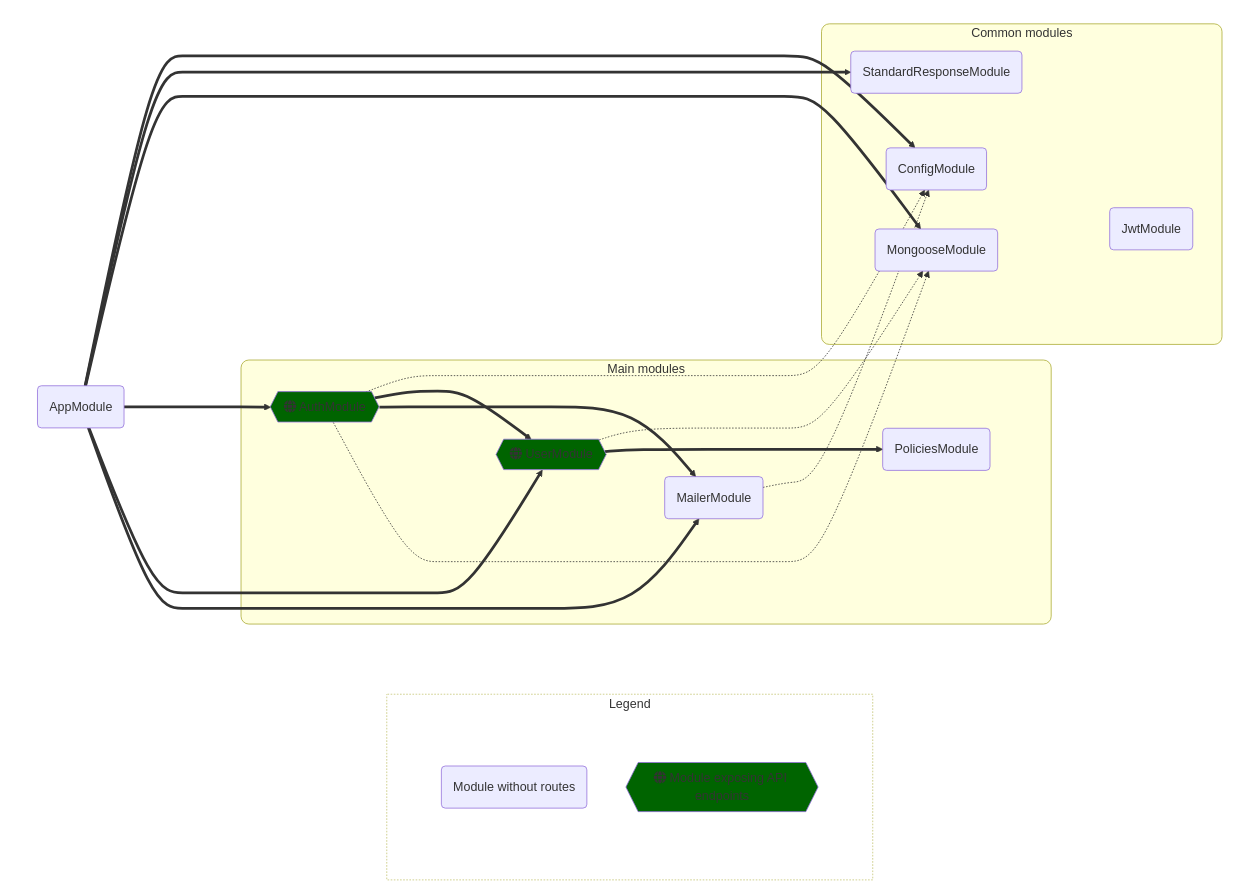
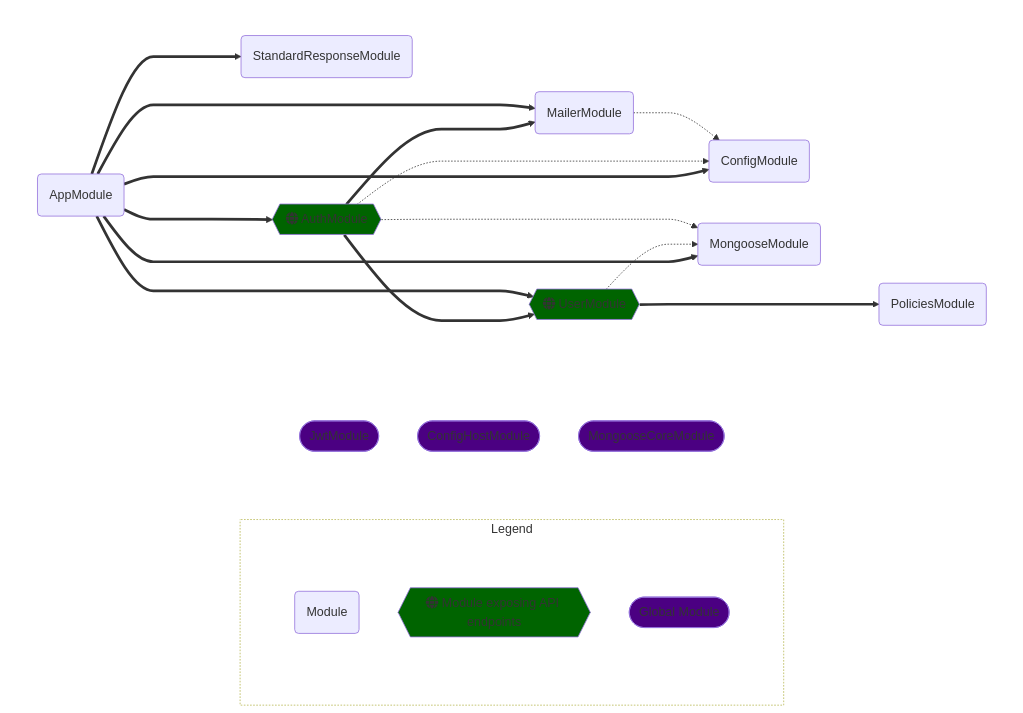
Before and after one commit to simioni/nest-pret: the diagram in README.md, drawn with Mermaid. The commit also changed other lines of this file and 1 other file, not shown here.

````diff
--- a/README.md
+++ b/README.md
@@ -224,54 +224,40 @@
 ```mermaid
-
- flowchart LR
-   subgraph legend[ Legend ]
-   subgraph legendPadding [ ]
-     direction TB
-     ex2(Module without routes)
-     ex1{{fa:fa-globe Module exposing API endpoints}}:::restEndpoint
-   end
-   end
-   subgraph appGraph[" "]
-     direction LR
-     subgraph MM[Main modules]
-       UserModule
-       AuthModule
-       PoliciesModule
-       MailerModule
-     end
-     subgraph CM[Common modules]
-       ConfigModule
-       StandardResponseModule
-       MongooseModule
-       JwtModule
-     end
-     AppModule(AppModule)===>ConfigModule
-     JwtModule(JwtModule)~~~ConfigModule
-     ConfigModule(ConfigModule)~~~JwtModule
-     AppModule(AppModule)===>StandardResponseModule
-     MongooseModule(MongooseModule)~~~JwtModule
-     AppModule(AppModule)===>MongooseModule
-     StandardResponseModule(StandardResponseModule)~~~JwtModule
-     AppModule(AppModule)===>AuthModule
-     AuthModule{{fa:fa-globe AuthModule}}:::restEndpoint-.->ConfigModule
-     AuthModule{{fa:fa-globe AuthModule}}:::restEndpoint===>UserModule
-     UserModule{{fa:fa-globe UserModule}}:::restEndpoint-.->MongooseModule
-     UserModule{{fa:fa-globe UserModule}}:::restEndpoint===>PoliciesModule
-     PoliciesModule(PoliciesModule)~~~JwtModule
-     UserModule{{fa:fa-globe UserModule}}:::restEndpoint~~~JwtModule
-     AuthModule{{fa:fa-globe AuthModule}}:::restEndpoint===>MailerModule
-     MailerModule(MailerModule)-.->ConfigModule
-     MailerModule(MailerModule)~~~JwtModule
-     AuthModule{{fa:fa-globe AuthModule}}:::restEndpoint-.->MongooseModule
-     AuthModule{{fa:fa-globe AuthModule}}:::restEndpoint~~~JwtModule
-     AppModule(AppModule)===>UserModule
-     AppModule(AppModule)===>MailerModule
-     AppModule(AppModule)~~~JwtModule
-   end
- classDef restEndpoint fill:darkgreen
- classDef groupStyles rx:10,ry:10
- class CM,MM groupStyles
- classDef layoutGroup fill:none,stroke:none
- class appGraph,legendPadding layoutGroup
- style legend stroke-dasharray: 0 1 1,fill:none,opacity:0.75
+%%{ init: { 'flowchart': { 'curve': 'monotoneX' } } }%%
+flowchart LR
+  subgraph legend[ Legend ]
+    subgraph legendPadding [ ]
+      direction TB
+      ex2(Module)
+      ex1{{fa:fa-globe Module exposing API endpoints}}:::restEndpoint
+      ex3([Global Module]):::globalModule
+    end
+  end
+  subgraph globalModules[ ]
+  	JwtModule([JwtModule]):::globalModule
+	ConfigHostModule([ConfigHostModule]):::globalModule
+	MongooseCoreModule([MongooseCoreModule]):::globalModule
+  end
+  subgraph appGraph[" "]
+    direction LR
+	AppModule(AppModule)===>ConfigModule(ConfigModule)
+	AppModule(AppModule)===>MongooseModule(MongooseModule)
+	AppModule(AppModule)===>StandardResponseModule(StandardResponseModule)
+	AppModule(AppModule)===>AuthModule{{fa:fa-globe AuthModule}}:::restEndpoint
+	AuthModule{{fa:fa-globe AuthModule}}:::restEndpoint-.->ConfigModule(ConfigModule)
+	AuthModule{{fa:fa-globe AuthModule}}:::restEndpoint===>UserModule{{fa:fa-globe UserModule}}:::restEndpoint
+	UserModule{{fa:fa-globe UserModule}}:::restEndpoint-.->MongooseModule(MongooseModule)
+	UserModule{{fa:fa-globe UserModule}}:::restEndpoint===>PoliciesModule(PoliciesModule)
+	AuthModule{{fa:fa-globe AuthModule}}:::restEndpoint===>MailerModule(MailerModule)
+	MailerModule(MailerModule)-.->ConfigModule(ConfigModule)
+	AuthModule{{fa:fa-globe AuthModule}}:::restEndpoint-.->MongooseModule(MongooseModule)
+	AppModule(AppModule)===>UserModule{{fa:fa-globe UserModule}}:::restEndpoint
+	AppModule(AppModule)===>MailerModule(MailerModule)
+  end
+classDef restEndpoint fill:darkgreen
+classDef globalModule fill:indigo
+classDef groupStyles rx:10,ry:10
+class legend groupStyles
+classDef layoutGroup fill:none,stroke:none
+class appGraph,legendPadding,globalModules layoutGroup
+style legend stroke-dasharray: 0 1 1,fill:none,opacity:0.95
 ```
````
